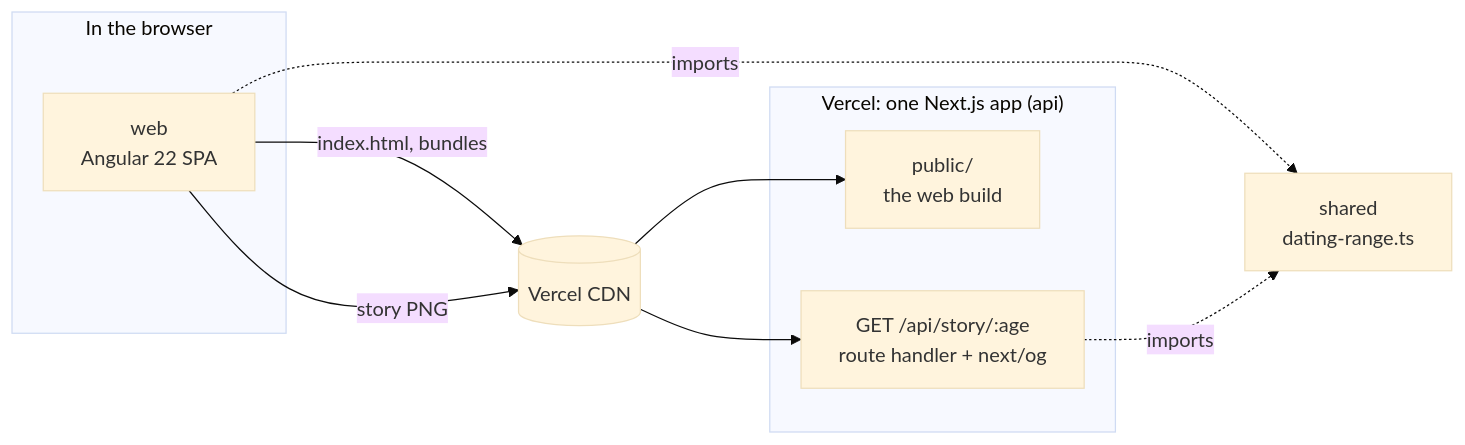
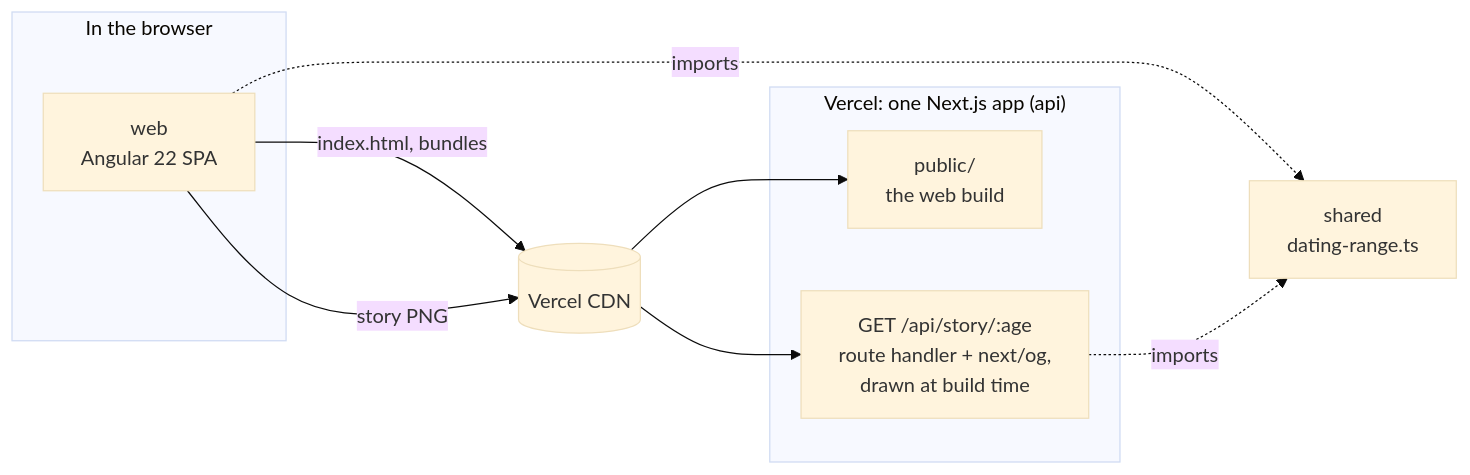
The diagram in ARCHITECTURE.md (stepan-omelka/agedateinterval), drawn with Mermaid (base theme) before and after one commit. The commit also changed other lines of this file and 8 other files, not shown here.

First line of the commit message:
docs: describe build-time images, link previews, security and the accessible form

````diff
--- a/ARCHITECTURE.md
+++ b/ARCHITECTURE.md
@@ -11,21 +11,21 @@
 ```mermaid
 graph LR
   subgraph browser["In the browser"]
     WEB["web<br/>Angular 22 SPA"]
   end
 
   subgraph vercel["Vercel: one Next.js app (api)"]
     STATIC["public/<br/>the web build"]
-    STORY["GET /api/story/:age<br/>route handler + next/og"]
+    STORY["GET /api/story/:age<br/>route handler + next/og,<br/>drawn at build time"]
   end
 
   SHARED["shared<br/>dating-range.ts"]
   CDN[("Vercel CDN")]
 
   WEB -->|"index.html, bundles"| CDN
   WEB -->|"story PNG"| CDN
   CDN --> STATIC
   CDN --> STORY
   WEB -.->|imports| SHARED
   STORY -.->|imports| SHARED
 ```
````
